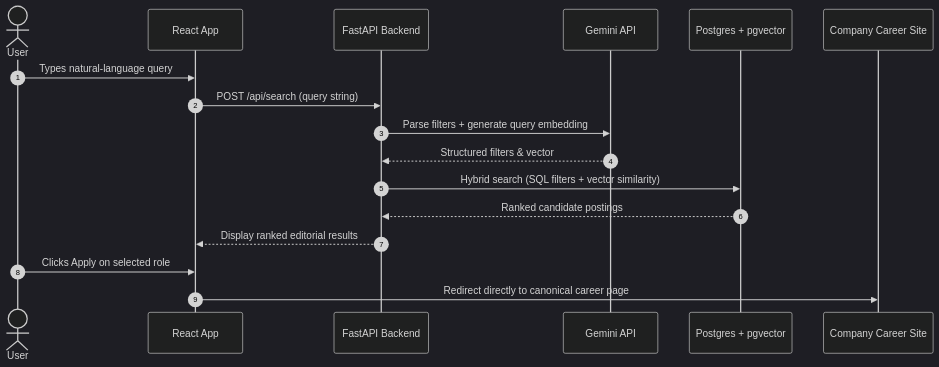
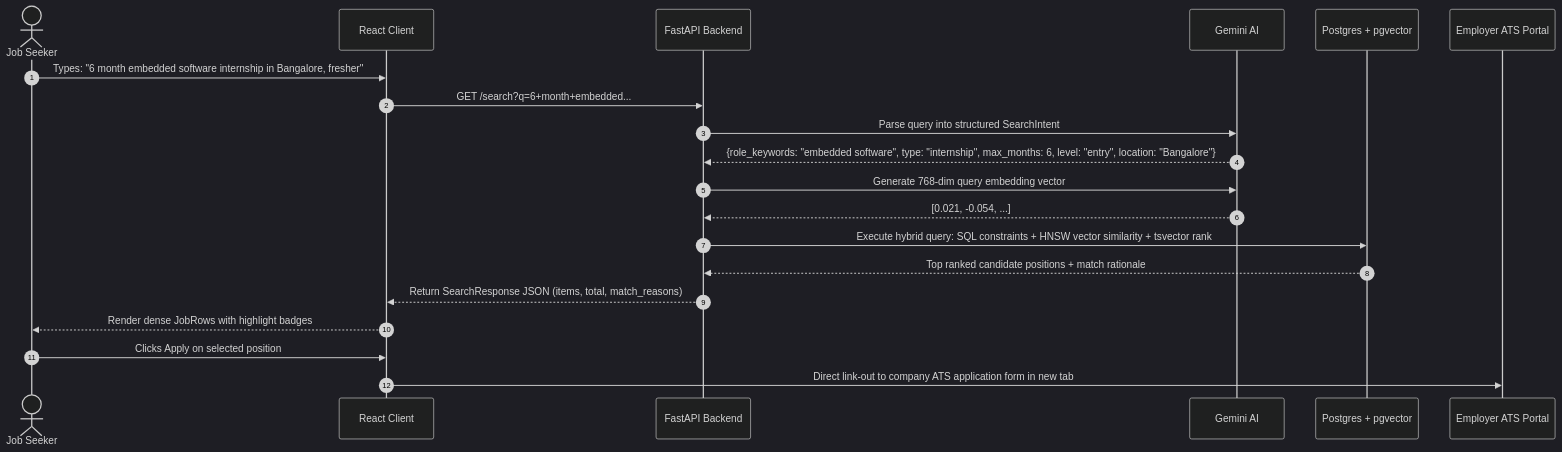
The second of 2 diagrams in README.md (AdityaSurse/sift), drawn with Mermaid (dark theme) before and after one commit. The commit also changed other lines of this file and 20 other files, not shown here.

````diff
--- a/README.md
+++ b/README.md
@@ -77,20 +128,23 @@
 ```mermaid
 sequenceDiagram
     autonumber
-    actor User as User
-    participant App as React App
+    actor User as Job Seeker
+    participant UI as React Client
     participant API as FastAPI Backend
-    participant LLM as Gemini API
+    participant Gemini as Gemini AI
     participant DB as Postgres + pgvector
-    participant ATS as Company Career Site
+    participant ATS as Employer ATS Portal
 
-    User->>App: Types natural-language query
-    App->>API: POST /api/search (query string)
-    API->>LLM: Parse filters + generate query embedding
-    LLM-->>API: Structured filters & vector
-    API->>DB: Hybrid search (SQL filters + vector similarity)
-    DB-->>API: Ranked candidate postings
-    API-->>App: Display ranked editorial results
-    User->>App: Clicks Apply on selected role
-    App->>ATS: Redirect directly to canonical career page
+    User->>UI: Types: "6 month embedded software internship in Bangalore, fresher"
+    UI->>API: GET /search?q=6+month+embedded...
+    API->>Gemini: Parse query into structured SearchIntent
+    Gemini-->>API: {role_keywords: "embedded software", type: "internship", max_months: 6, level: "entry", location: "Bangalore"}
+    API->>Gemini: Generate 768-dim query embedding vector
+    Gemini-->>API: [0.021, -0.054, ...]
+    API->>DB: Execute hybrid query: SQL constraints + HNSW vector similarity + tsvector rank
+    DB-->>API: Top ranked candidate positions + match rationale
+    API-->>UI: Return SearchResponse JSON (items, total, match_reasons)
+    UI-->>User: Render dense JobRows with highlight badges
+    User->>UI: Clicks Apply on selected position
+    UI->>ATS: Direct link-out to company ATS application form in new tab
 ```
````
